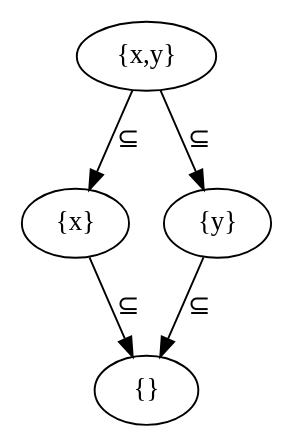
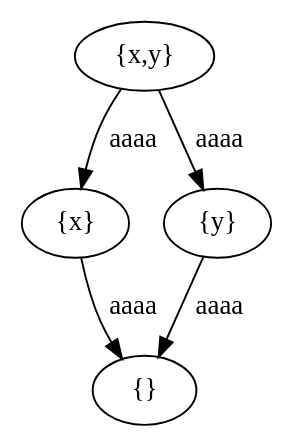
The diagram in example1.dot (nannany/diagrams-rs), drawn with Graphviz before and after one commit. The commit also changed 2 other files, not shown here.

```diff
--- a/example1.dot
+++ b/example1.dot
@@ -1,10 +1,10 @@
 digraph example3 {
     N0[label="{x,y}"];
     N1[label="{x}"];
     N2[label="{y}"];
     N3[label="{}"];
-    N0 -> N1[label="&sube;"];
-    N0 -> N2[label="&sube;"];
-    N1 -> N3[label="&sube;"];
-    N2 -> N3[label="&sube;"];
+    N0 -> N1[label="aaaa"];
+    N0 -> N2[label="aaaa"];
+    N1 -> N3[label="aaaa"];
+    N2 -> N3[label="aaaa"];
 }
```
